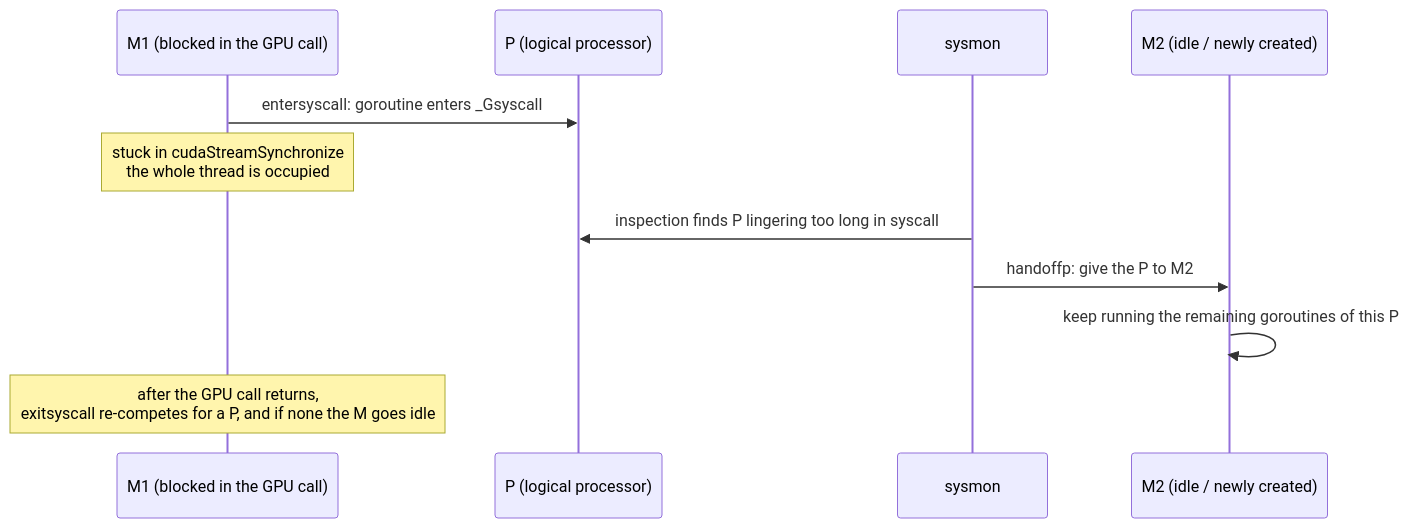
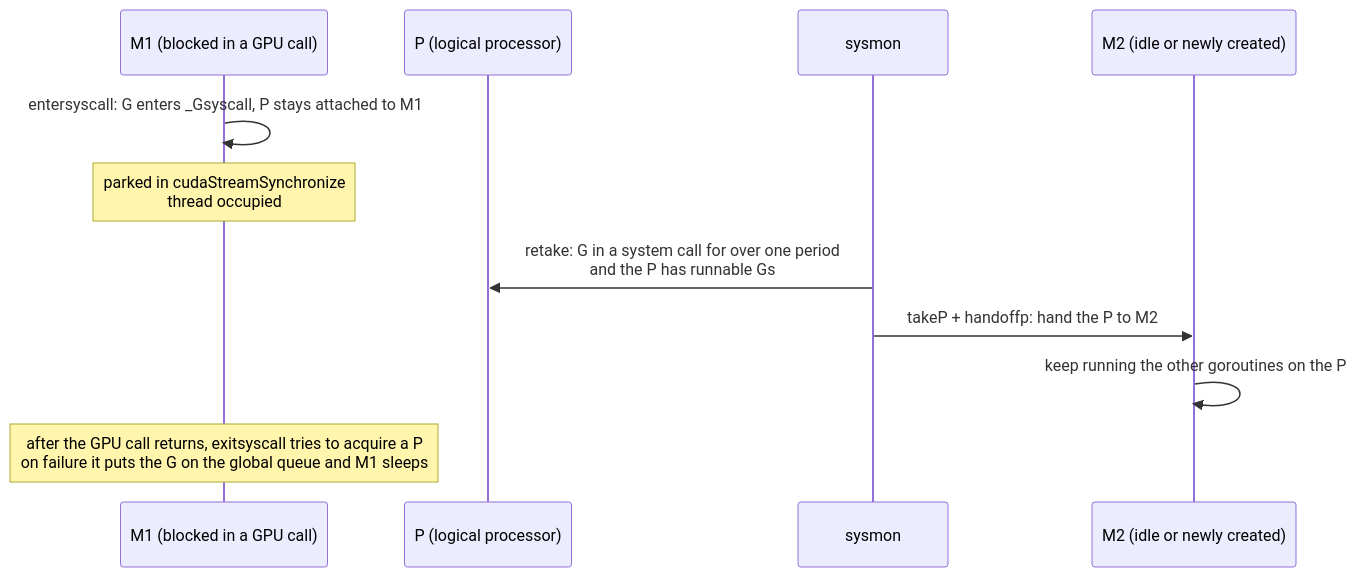
The diagram in book/en-us/part6hetero/ch18gpu/sched.md (golang-design/under-the-hood), drawn with Mermaid before and after one commit. The commit also changed other lines of this file and 18 other files, not shown here.

````diff
--- a/book/en-us/part6hetero/ch18gpu/sched.md
+++ b/book/en-us/part6hetero/ch18gpu/sched.md
@@ -71,13 +129,13 @@
 ```mermaid
 sequenceDiagram
-    participant M1 as M1 (blocked in the GPU call)
+    participant M1 as M1 (blocked in a GPU call)
     participant P as P (logical processor)
     participant SM as sysmon
-    participant M2 as M2 (idle / newly created)
-    M1->>P: entersyscall: goroutine enters _Gsyscall
-    Note over M1: stuck in cudaStreamSynchronize<br/>the whole thread is occupied
-    SM->>P: inspection finds P lingering too long in syscall
-    SM->>M2: handoffp: give the P to M2
-    M2->>M2: keep running the remaining goroutines of this P
-    Note over M1: after the GPU call returns,<br/>exitsyscall re-competes for a P, and if none the M goes idle
+    participant M2 as M2 (idle or newly created)
+    M1->>M1: entersyscall: G enters _Gsyscall, P stays attached to M1
+    Note over M1: parked in cudaStreamSynchronize<br/>thread occupied
+    SM->>P: retake: G in a system call for over one period<br/>and the P has runnable Gs
+    SM->>M2: takeP + handoffp: hand the P to M2
+    M2->>M2: keep running the other goroutines on the P
+    Note over M1: after the GPU call returns, exitsyscall tries to acquire a P<br/>on failure it puts the G on the global queue and M1 sleeps
 ```
````
